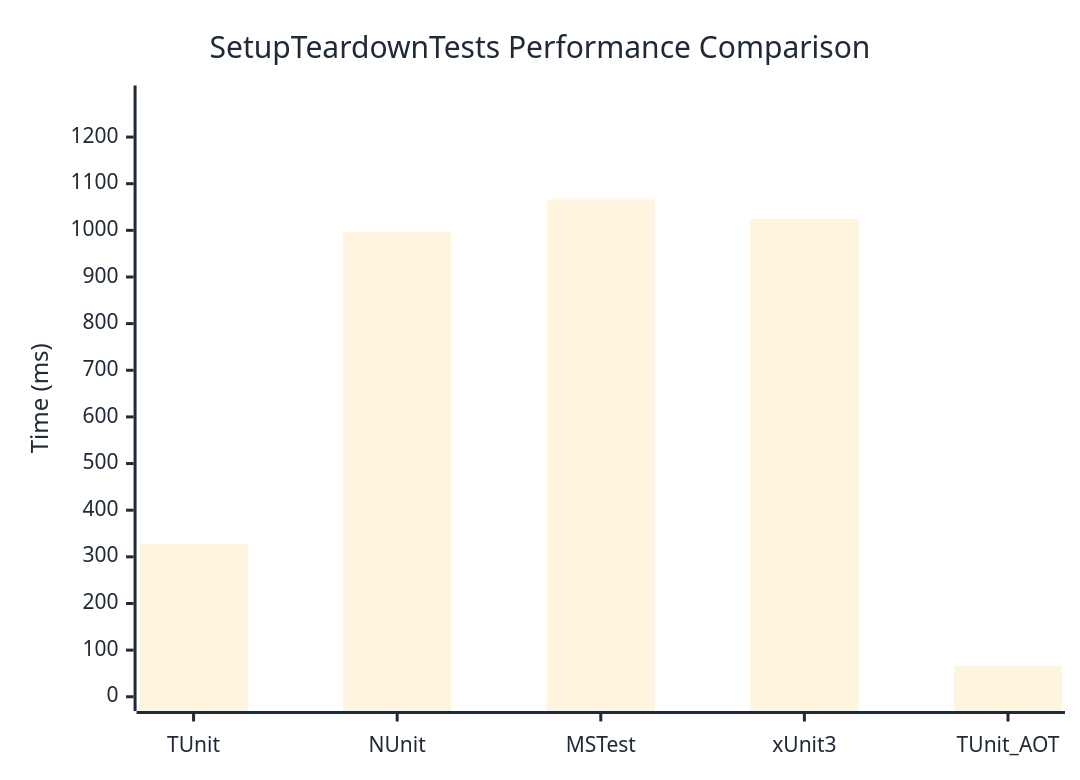
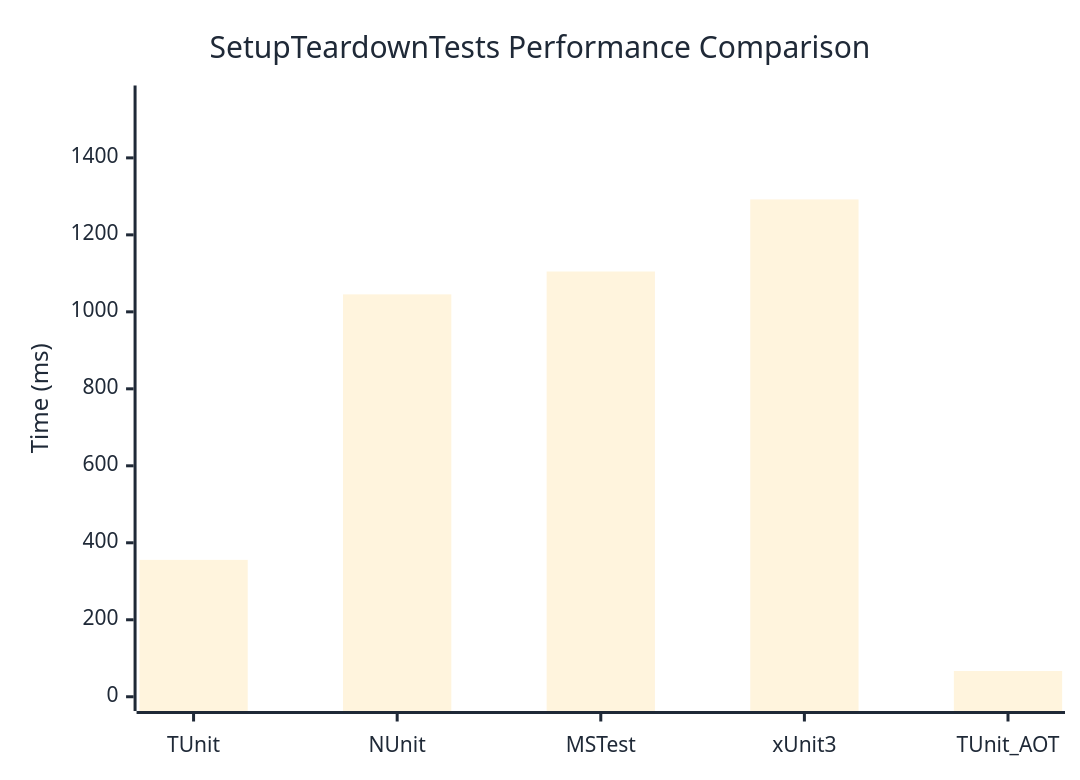
The diagram in docs/docs/benchmarks/engine/SetupTeardownTests.md (thomhurst/TUnit), drawn with Mermaid before and after one commit. The commit also changed other lines of this file and 18 other files, not shown here.

````diff
--- a/docs/docs/benchmarks/engine/SetupTeardownTests.md
+++ b/docs/docs/benchmarks/engine/SetupTeardownTests.md
@@ -29,37 +29,37 @@
 ```mermaid
 %%{init: {
   'theme':'base',
   'themeVariables': {
     'primaryColor': '#2563eb',
     'primaryTextColor': '#1f2937',
     'primaryBorderColor': '#1e40af',
     'lineColor': '#6b7280',
     'secondaryColor': '#7c3aed',
     'tertiaryColor': '#dc2626',
     'background': '#ffffff',
     'mainBkg': '#2563eb',
     'secondBkg': '#7c3aed',
     'tertiaryBkg': '#dc2626',
     'clusterBkg': '#f3f4f6',
     'edgeLabelBackground': '#ffffff',
     'tertiaryTextColor': '#1f2937',
     'pie1': '#2563eb',
     'pie2': '#7c3aed',
     'pie3': '#dc2626',
     'pie4': '#f59e0b',
     'pie5': '#10b981',
     'pie6': '#06b6d4',
     'pie7': '#ec4899',
     'pie8': '#6366f1',
     'pie9': '#84cc16',
     'pie10': '#f97316',
     'pie11': '#14b8a6',
     'pie12': '#a855f7'
   }
 }}%%
 xychart-beta
   title "SetupTeardownTests Performance Comparison"
   x-axis ["TUnit", "NUnit", "MSTest", "xUnit3", "TUnit_AOT"]
-  y-axis "Time (ms)" 0 --> 1280
-  bar [327.59, 996.24, 1066.16, 1024.32, 66.11]
+  y-axis "Time (ms)" 0 --> 1551
+  bar [355.61, 1045.37, 1104.79, 1292.08, 66.91]
 ```
````
